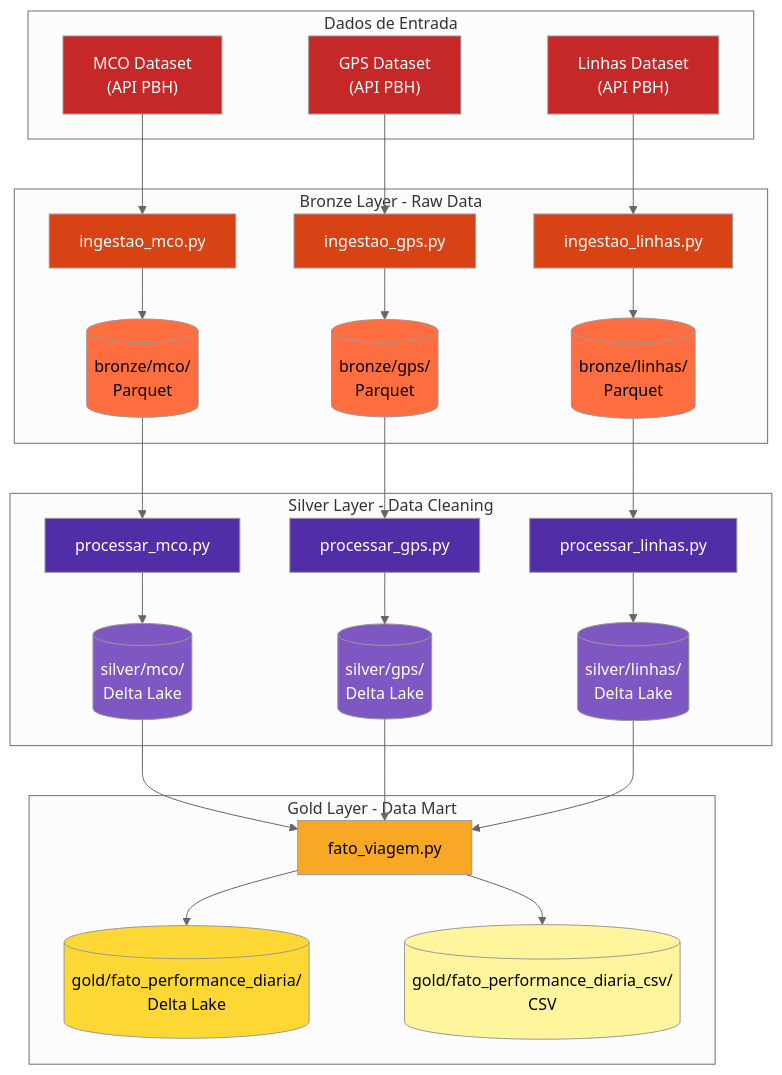
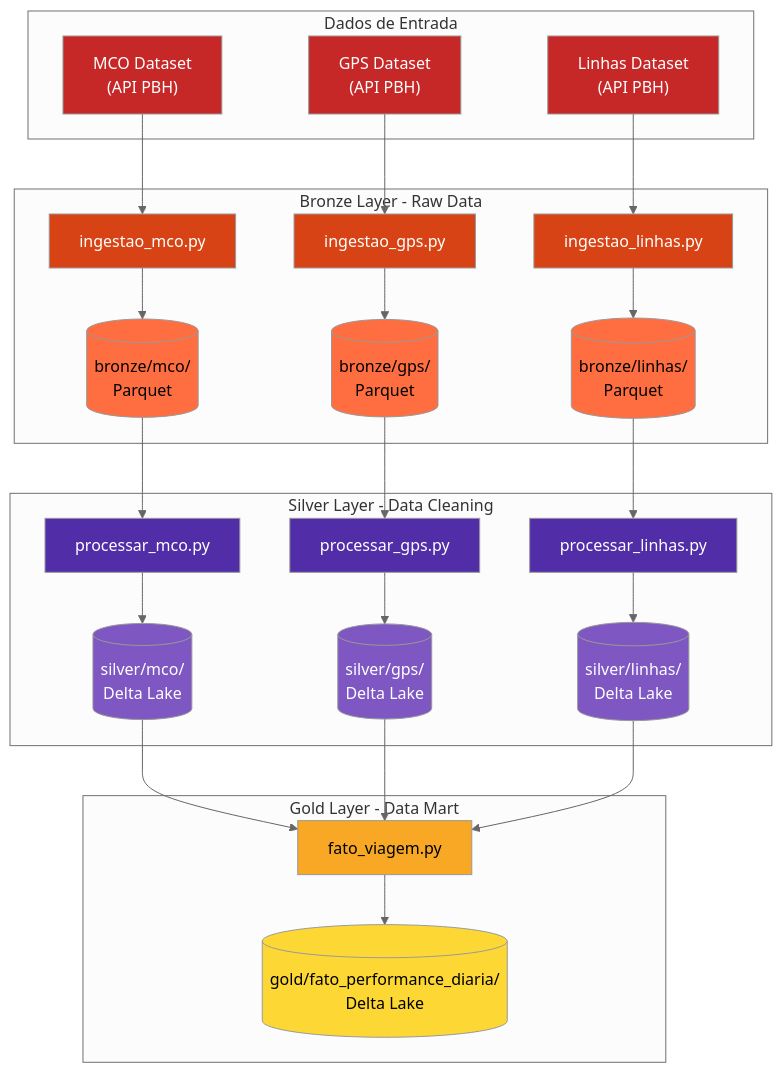
One commit to ZariTen/projeto-dados-pl changed the second of 2 diagrams in README.md. Above: the diagram before and after it, drawn with Mermaid (neutral theme). The commit also changed other lines of this file and 1 other file, not shown here.

Commit message:
Remover exportação CSV do método run_fato_performance_diaria

````diff
--- a/README.md
+++ b/README.md
@@ -143,80 +143,77 @@
 ```mermaid
 graph TD
     subgraph "Dados de Entrada"
         MCO["MCO Dataset<br/>(API PBH)"]
         GPS["GPS Dataset<br/>(API PBH)"]
         LINHAS["Linhas Dataset<br/>(API PBH)"]
     end
     
     subgraph "Bronze Layer - Raw Data"
         BMCO["ingestao_mco.py"]
         BGPS["ingestao_gps.py"]
         BLINHAS["ingestao_linhas.py"]
         
         TB_BMCO[("bronze/mco/<br/>Parquet")]
         TB_BGPS[("bronze/gps/<br/>Parquet")]
         TB_BLINHAS[("bronze/linhas/<br/>Parquet")]
     end
     
     subgraph "Silver Layer - Data Cleaning"
         SMCO["processar_mco.py"]
         SGPS["processar_gps.py"]
         SLINHAS["processar_linhas.py"]
         
         TB_SMCO[("silver/mco/<br/>Delta Lake")]
         TB_SGPS[("silver/gps/<br/>Delta Lake")]
         TB_SLINHAS[("silver/linhas/<br/>Delta Lake")]
     end
     
     subgraph "Gold Layer - Data Mart"
         FATO["fato_viagem.py"]
         
         TB_FATO[("gold/fato_performance_diaria/<br/>Delta Lake")]
-        TB_CSV[("gold/fato_performance_diaria_csv/<br/>CSV")]
     end
     
     MCO --> BMCO
     GPS --> BGPS
     LINHAS --> BLINHAS
     
     BMCO --> TB_BMCO
     BGPS --> TB_BGPS
     BLINHAS --> TB_BLINHAS
     
     TB_BMCO --> SMCO
     TB_BGPS --> SGPS
     TB_BLINHAS --> SLINHAS
     
     SMCO --> TB_SMCO
     SGPS --> TB_SGPS
     SLINHAS --> TB_SLINHAS
     
     TB_SMCO --> FATO
     TB_SGPS --> FATO
     TB_SLINHAS --> FATO
     
     FATO --> TB_FATO
-    FATO --> TB_CSV
     
     style MCO fill:#c62828,color:#fff
     style GPS fill:#c62828,color:#fff
     style LINHAS fill:#c62828,color:#fff
     
     style BMCO fill:#d84315,color:#fff
     style BGPS fill:#d84315,color:#fff
     style BLINHAS fill:#d84315,color:#fff
     style TB_BMCO fill:#ff6e40,color:#000
     style TB_BGPS fill:#ff6e40,color:#000
     style TB_BLINHAS fill:#ff6e40,color:#000
     
     style SMCO fill:#512da8,color:#fff
     style SGPS fill:#512da8,color:#fff
     style SLINHAS fill:#512da8,color:#fff
     style TB_SMCO fill:#7e57c2,color:#fff
     style TB_SGPS fill:#7e57c2,color:#fff
     style TB_SLINHAS fill:#7e57c2,color:#fff
     
     style FATO fill:#f9a825,color:#000
     style TB_FATO fill:#fdd835,color:#000
-    style TB_CSV fill:#fff59d,color:#000
 ```
````
